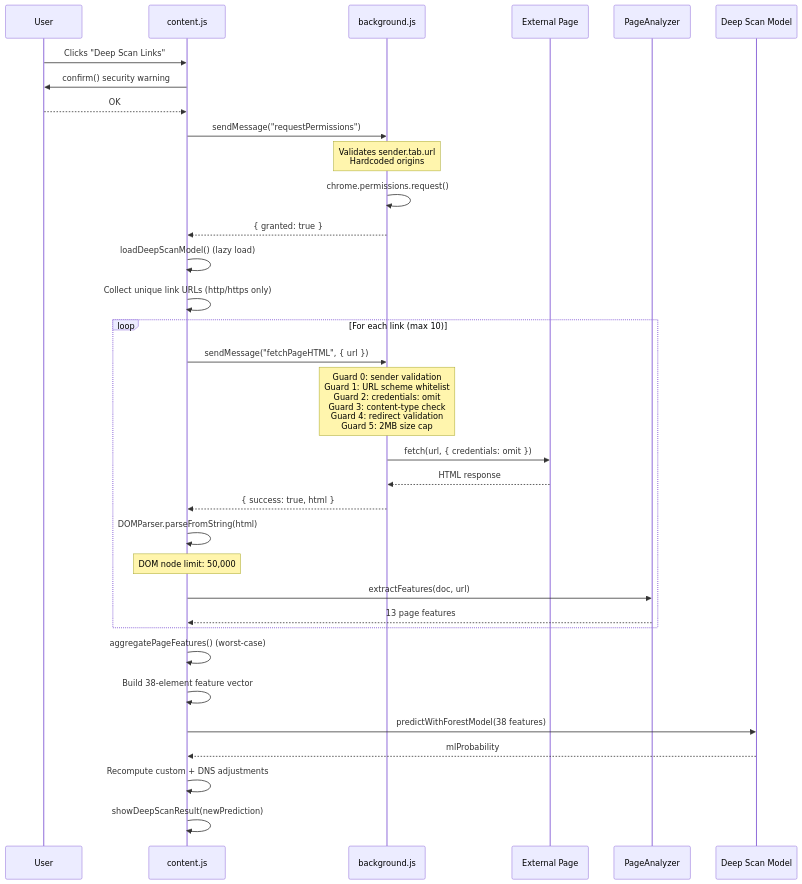
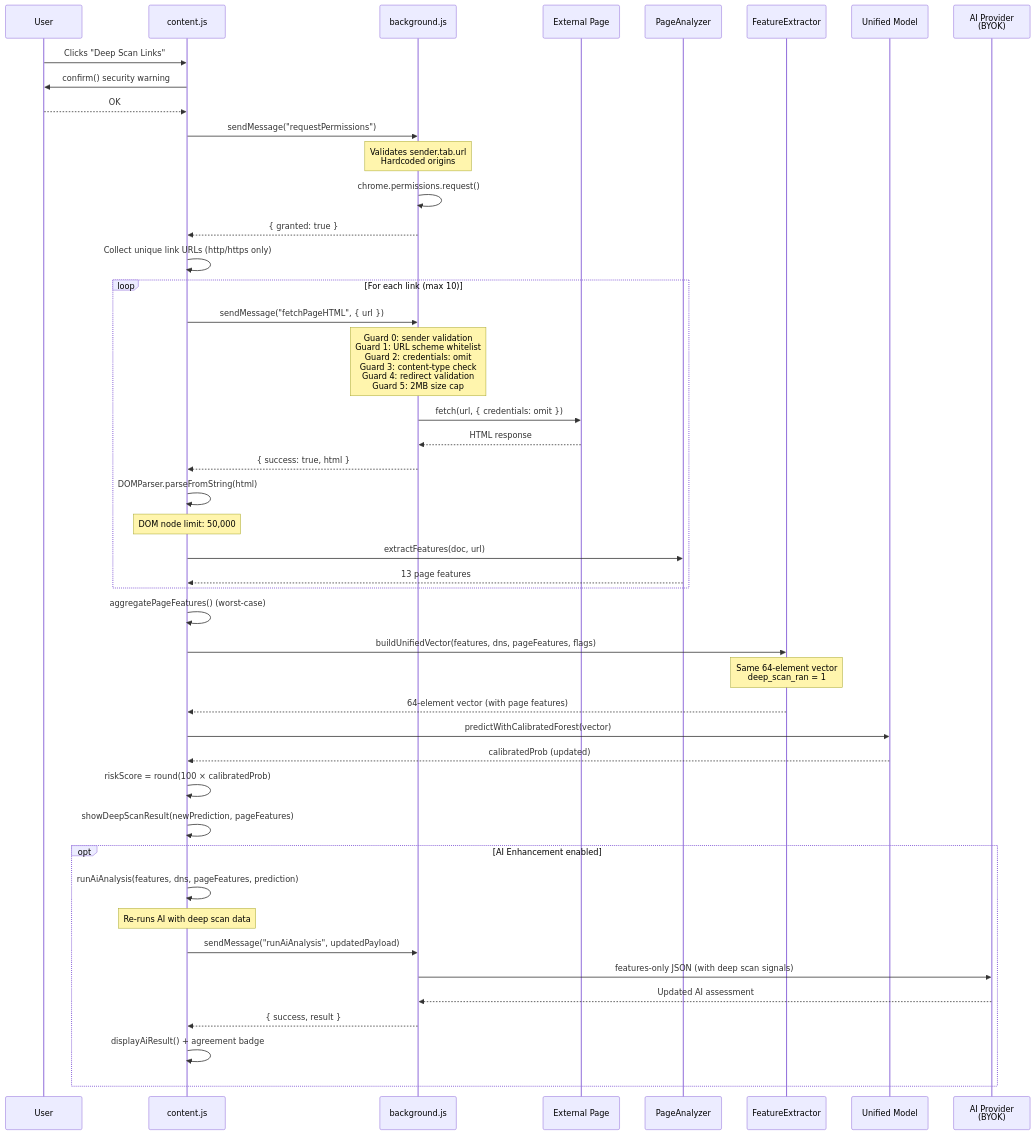
One commit to TyFarrington/GoPhishFree changed the fifth of 10 diagrams in ARCHITECTURE.md. Above: the diagram before and after it, drawn with Mermaid. The commit also changed other lines of this file and 24 other files, not shown here.

Commit message:
Add unified ML model, AI enhancement (BYOK), trusted domains, and regenerated architecture assets

````diff
--- a/ARCHITECTURE.md
+++ b/ARCHITECTURE.md
@@ -262,40 +325,53 @@
 ```mermaid
 sequenceDiagram
     participant User
     participant CS as content.js
     participant BG as background.js
     participant Web as External Page
     participant PA as PageAnalyzer
-    participant ML2 as Deep Scan Model
+    participant FE as FeatureExtractor
+    participant ML as Unified Model
+    participant AI as AI Provider<br/>(BYOK)
 
     User->>CS: Clicks "Deep Scan Links"
     CS->>User: confirm() security warning
     User-->>CS: OK
 
     CS->>BG: sendMessage("requestPermissions")
     Note over BG: Validates sender.tab.url<br/>Hardcoded origins
     BG->>BG: chrome.permissions.request()
     BG-->>CS: { granted: true }
 
-    CS->>CS: loadDeepScanModel() (lazy load)
     CS->>CS: Collect unique link URLs (http/https only)
 
     loop For each link (max 10)
         CS->>BG: sendMessage("fetchPageHTML", { url })
         Note over BG: Guard 0: sender validation<br/>Guard 1: URL scheme whitelist<br/>Guard 2: credentials: omit<br/>Guard 3: content-type check<br/>Guard 4: redirect validation<br/>Guard 5: 2MB size cap
         BG->>Web: fetch(url, { credentials: omit })
         Web-->>BG: HTML response
         BG-->>CS: { success: true, html }
         CS->>CS: DOMParser.parseFromString(html)
         Note over CS: DOM node limit: 50,000
         CS->>PA: extractFeatures(doc, url)
         PA-->>CS: 13 page features
     end
 
     CS->>CS: aggregatePageFeatures() (worst-case)
-    CS->>CS: Build 38-element feature vector
-    CS->>ML2: predictWithForestModel(38 features)
-    ML2-->>CS: mlProbability
-    CS->>CS: Recompute custom + DNS adjustments
-    CS->>CS: showDeepScanResult(newPrediction)
+    CS->>FE: buildUnifiedVector(features, dns, pageFeatures, flags)
+    Note over FE: Same 64-element vector<br/>deep_scan_ran = 1
+    FE-->>CS: 64-element vector (with page features)
+    CS->>ML: predictWithCalibratedForest(vector)
+    ML-->>CS: calibratedProb (updated)
+    CS->>CS: riskScore = round(100 × calibratedProb)
+    CS->>CS: showDeepScanResult(newPrediction, pageFeatures)
+
+    opt AI Enhancement enabled
+        CS->>CS: runAiAnalysis(features, dns, pageFeatures, prediction)
+        Note over CS: Re-runs AI with deep scan data
+        CS->>BG: sendMessage("runAiAnalysis", updatedPayload)
+        BG->>AI: features-only JSON (with deep scan signals)
+        AI-->>BG: Updated AI assessment
+        BG-->>CS: { success, result }
+        CS->>CS: displayAiResult() + agreement badge
+    end
 ```
````
